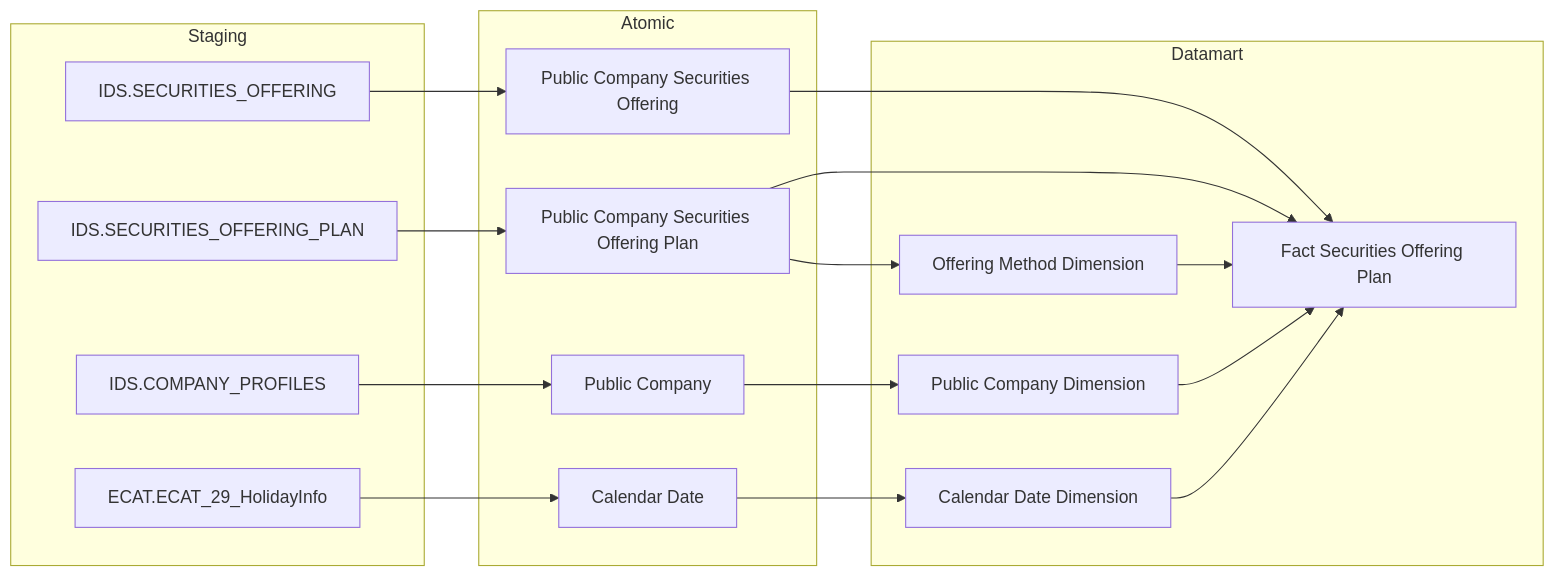
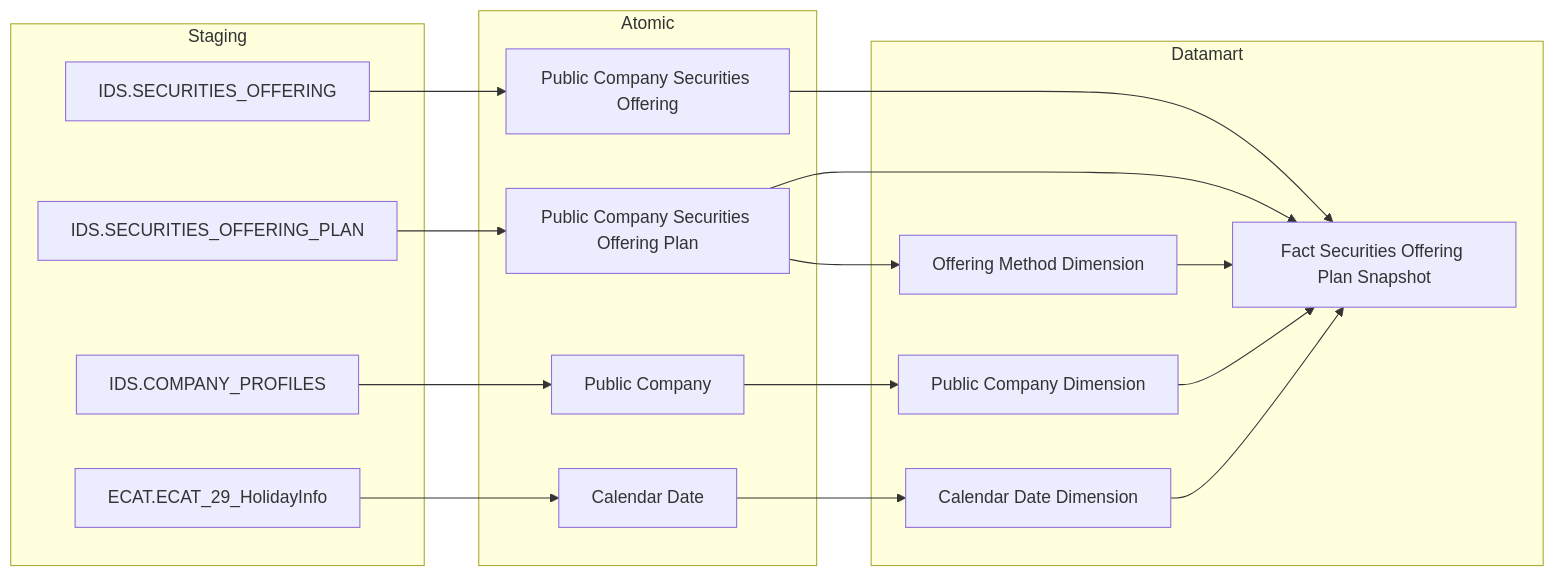
Before and after one commit to linhlvit/ubck_atomic_design: the second of 22 diagrams in Datamart/hld/DTM_QLCB_HLD.md, drawn with Mermaid. The commit also changed other lines of this file and 70 other files, not shown here.

````diff
--- a/Datamart/hld/DTM_QLCB_HLD.md
+++ b/Datamart/hld/DTM_QLCB_HLD.md
@@ -71,38 +71,38 @@
 ```mermaid
 flowchart LR
     subgraph SRC["Staging"]
         IDS_SECURITIES_OFFERING["IDS.SECURITIES_OFFERING"]
         IDS_SECURITIES_OFFERING_PLAN["IDS.SECURITIES_OFFERING_PLAN"]
         IDS_COMPANY_PROFILES["IDS.COMPANY_PROFILES"]
         ECAT_ECAT_29_HolidayInfo["ECAT.ECAT_29_HolidayInfo"]
     end
 
     subgraph SIL["Atomic"]
         Public_Company_Securities_Offering["Public Company Securities Offering"]
         Public_Company_Securities_Offering_Plan["Public Company Securities Offering Plan"]
         Public_Company["Public Company"]
         Calendar_Date["Calendar Date"]
     end
 
     subgraph GOLD["Datamart"]
-        fct_securities_offering_plan["Fact Securities Offering Plan"]
+        fct_securities_offering_plan_snpst["Fact Securities Offering Plan Snapshot"]
         public_company_dim["Public Company Dimension"]
         offering_method_dim["Offering Method Dimension"]
         cdr_dt_dim["Calendar Date Dimension"]
     end
 
     IDS_SECURITIES_OFFERING --> Public_Company_Securities_Offering
     IDS_SECURITIES_OFFERING_PLAN --> Public_Company_Securities_Offering_Plan
     IDS_COMPANY_PROFILES --> Public_Company
     ECAT_ECAT_29_HolidayInfo --> Calendar_Date
 
-    Public_Company_Securities_Offering_Plan --> fct_securities_offering_plan
-    Public_Company_Securities_Offering --> fct_securities_offering_plan
+    Public_Company_Securities_Offering_Plan --> fct_securities_offering_plan_snpst
+    Public_Company_Securities_Offering --> fct_securities_offering_plan_snpst
     Public_Company --> public_company_dim
     Public_Company_Securities_Offering_Plan --> offering_method_dim
     Calendar_Date --> cdr_dt_dim
 
-    public_company_dim --> fct_securities_offering_plan
-    offering_method_dim --> fct_securities_offering_plan
-    cdr_dt_dim --> fct_securities_offering_plan
+    public_company_dim --> fct_securities_offering_plan_snpst
+    offering_method_dim --> fct_securities_offering_plan_snpst
+    cdr_dt_dim --> fct_securities_offering_plan_snpst
 ```
````
